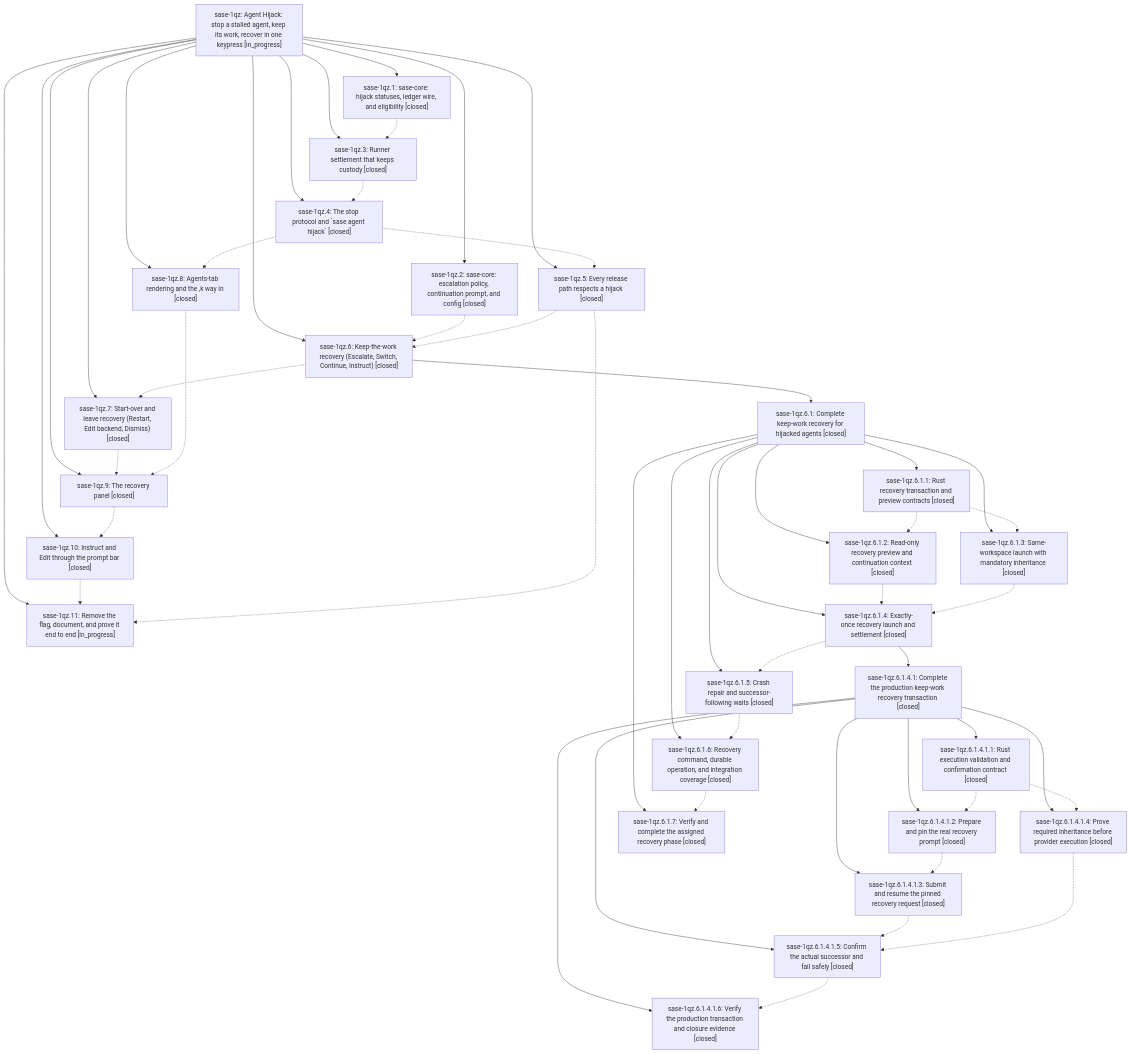
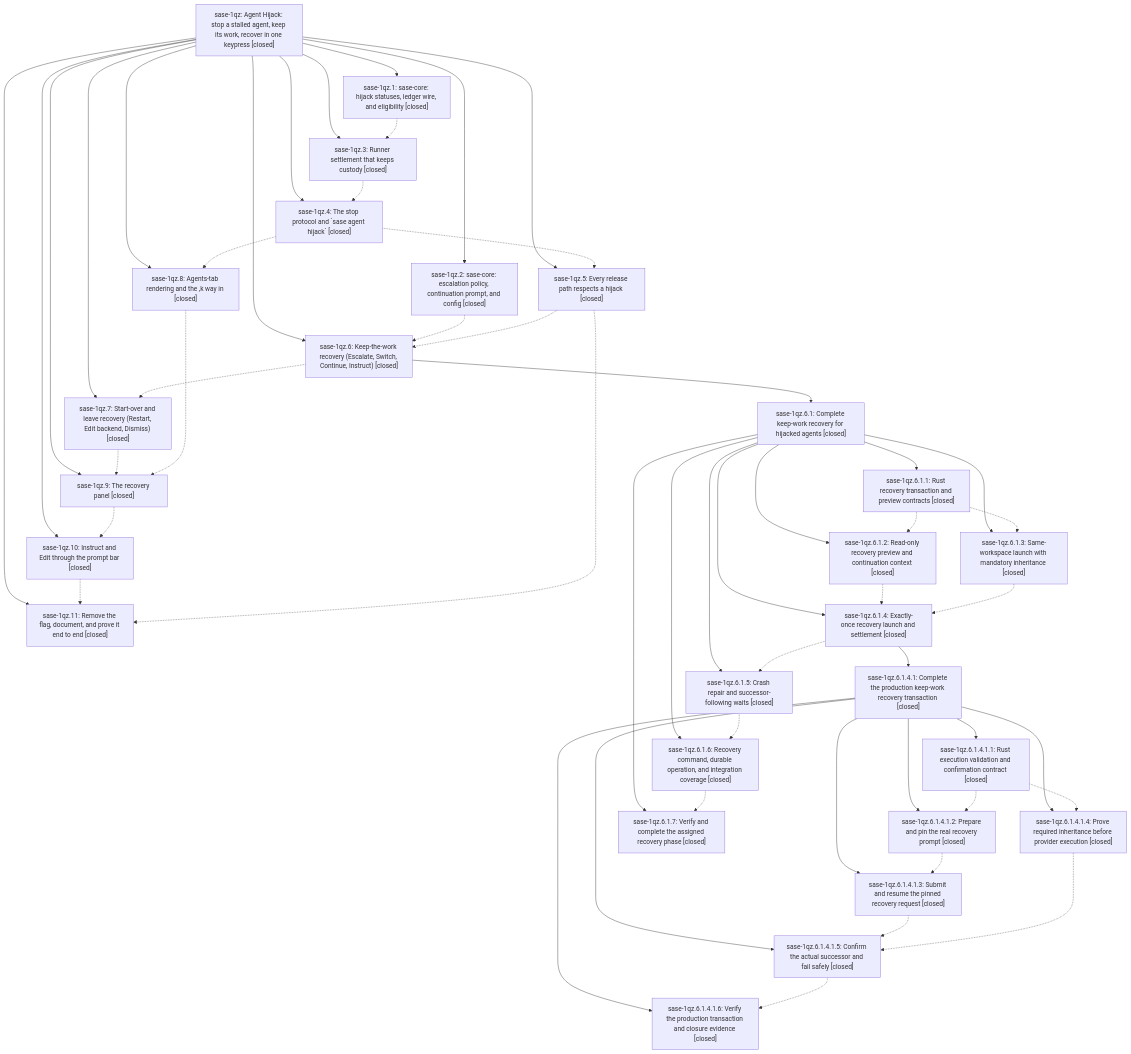
The diagram in pages/sase-1qz/README.md (sase-org/sase--beads), drawn with Mermaid before and after one commit. The commit also changed other lines of this file and 3 other files, not shown here.

````diff
--- a/pages/sase-1qz/README.md
+++ b/pages/sase-1qz/README.md
@@ -50,81 +60,81 @@
 ```mermaid
 flowchart TD
-    n0["sase-1qz: Agent Hijack: stop a stalled agent, keep its work, recover in one keypress [in_progress]"]
+    n0["sase-1qz: Agent Hijack: stop a stalled agent, keep its work, recover in one keypress [closed]"]
     n1["sase-1qz.1: sase-core: hijack statuses, ledger wire, and eligibility [closed]"]
     n2["sase-1qz.10: Instruct and Edit through the prompt bar [closed]"]
-    n3["sase-1qz.11: Remove the flag, document, and prove it end to end [in_progress]"]
+    n3["sase-1qz.11: Remove the flag, document, and prove it end to end [closed]"]
     n4["sase-1qz.2: sase-core: escalation policy, continuation prompt, and config [closed]"]
     n5["sase-1qz.3: Runner settlement that keeps custody [closed]"]
     n6["sase-1qz.4: The stop protocol and `sase agent hijack` [closed]"]
     n7["sase-1qz.5: Every release path respects a hijack [closed]"]
     n8["sase-1qz.6: Keep-the-work recovery (Escalate, Switch, Continue, Instruct) [closed]"]
     n9["sase-1qz.6.1: Complete keep-work recovery for hijacked agents [closed]"]
     n10["sase-1qz.6.1.1: Rust recovery transaction and preview contracts [closed]"]
     n11["sase-1qz.6.1.2: Read-only recovery preview and continuation context [closed]"]
     n12["sase-1qz.6.1.3: Same-workspace launch with mandatory inheritance [closed]"]
     n13["sase-1qz.6.1.4: Exactly-once recovery launch and settlement [closed]"]
     n14["sase-1qz.6.1.4.1: Complete the production keep-work recovery transaction [closed]"]
     n15["sase-1qz.6.1.4.1.1: Rust execution validation and confirmation contract [closed]"]
     n16["sase-1qz.6.1.4.1.2: Prepare and pin the real recovery prompt [closed]"]
     n17["sase-1qz.6.1.4.1.3: Submit and resume the pinned recovery request [closed]"]
     n18["sase-1qz.6.1.4.1.4: Prove required inheritance before provider execution [closed]"]
     n19["sase-1qz.6.1.4.1.5: Confirm the actual successor and fail safely [closed]"]
     n20["sase-1qz.6.1.4.1.6: Verify the production transaction and closure evidence [closed]"]
     n21["sase-1qz.6.1.5: Crash repair and successor-following waits [closed]"]
     n22["sase-1qz.6.1.6: Recovery command, durable operation, and integration coverage [closed]"]
     n23["sase-1qz.6.1.7: Verify and complete the assigned recovery phase [closed]"]
     n24["sase-1qz.7: Start-over and leave recovery (Restart, Edit backend, Dismiss) [closed]"]
     n25["sase-1qz.8: Agents-tab rendering and the ,k way in [closed]"]
     n26["sase-1qz.9: The recovery panel [closed]"]
     n0 --> n1
     n0 --> n2
     n0 --> n3
     n0 --> n4
     n0 --> n5
     n0 --> n6
     n0 --> n7
     n0 --> n8
     n8 --> n9
     n9 --> n10
     n9 --> n11
     n9 --> n12
     n9 --> n13
     n13 --> n14
     n14 --> n15
     n14 --> n16
     n14 --> n17
     n14 --> n18
     n14 --> n19
     n14 --> n20
     n9 --> n21
     n9 --> n22
     n9 --> n23
     n0 --> n24
     n0 --> n25
     n0 --> n26
     n1 -.-> n5
     n2 -.-> n3
     n4 -.-> n8
     n5 -.-> n6
     n6 -.-> n7
     n6 -.-> n25
     n7 -.-> n3
     n7 -.-> n8
     n8 -.-> n24
     n10 -.-> n11
     n10 -.-> n12
     n11 -.-> n13
     n12 -.-> n13
     n13 -.-> n21
     n15 -.-> n16
     n15 -.-> n18
     n16 -.-> n17
     n17 -.-> n19
     n18 -.-> n19
     n19 -.-> n20
     n21 -.-> n22
     n22 -.-> n23
     n24 -.-> n26
     n25 -.-> n26
     n26 -.-> n2
 ```
````
